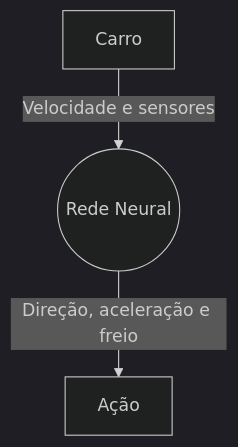
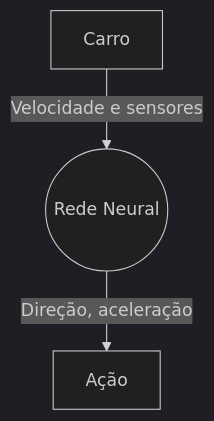
Before and after one commit to VPivato/ANN-GA-racing-game: the first of 2 diagrams in README.md, drawn with Mermaid (dark theme). The commit also changed other lines of this file and 2 other files, not shown here.

Commit message:
v16 - neurônios de saída aceleração e freio combinados em um

````diff
--- a/README.md
+++ b/README.md
@@ -24,5 +24,5 @@
 ```mermaid
 flowchart TD
     A[Carro] --  Velocidade e sensores --> B((Rede Neural))
-    B -- Direção, aceleração e freio --> C[Ação]
+    B -- Direção, aceleração --> C[Ação]
 ```
````
